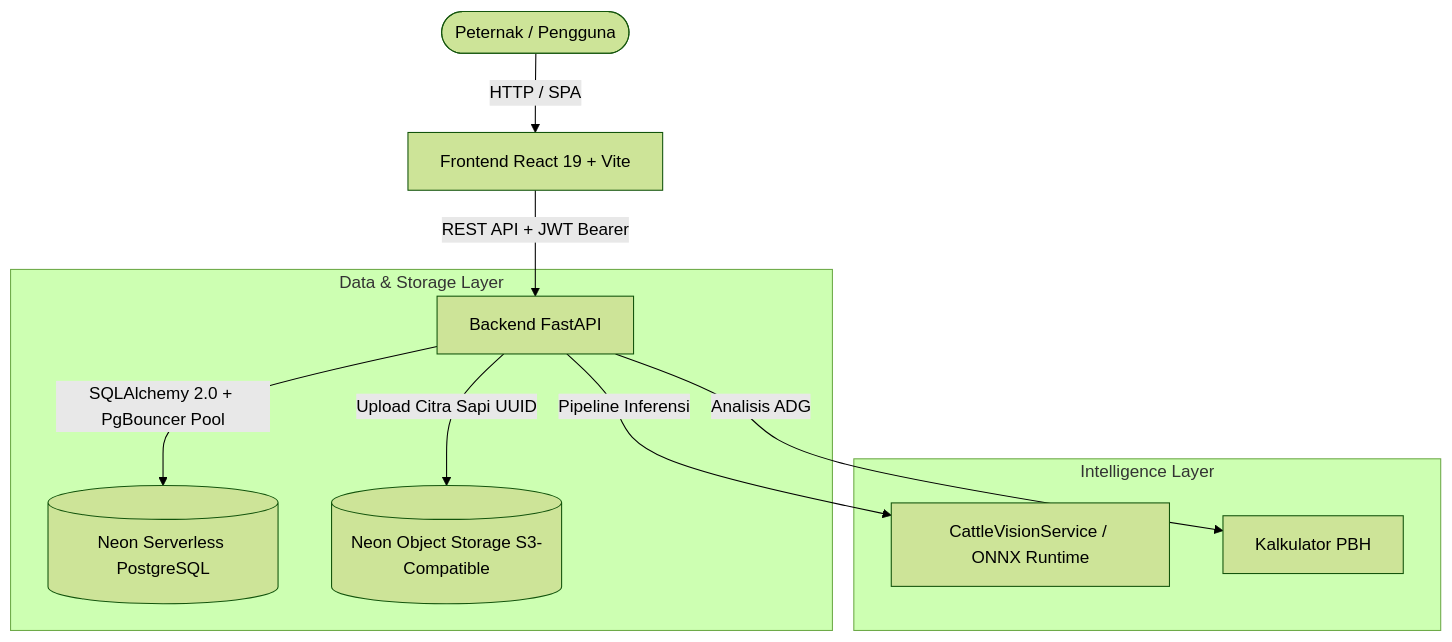
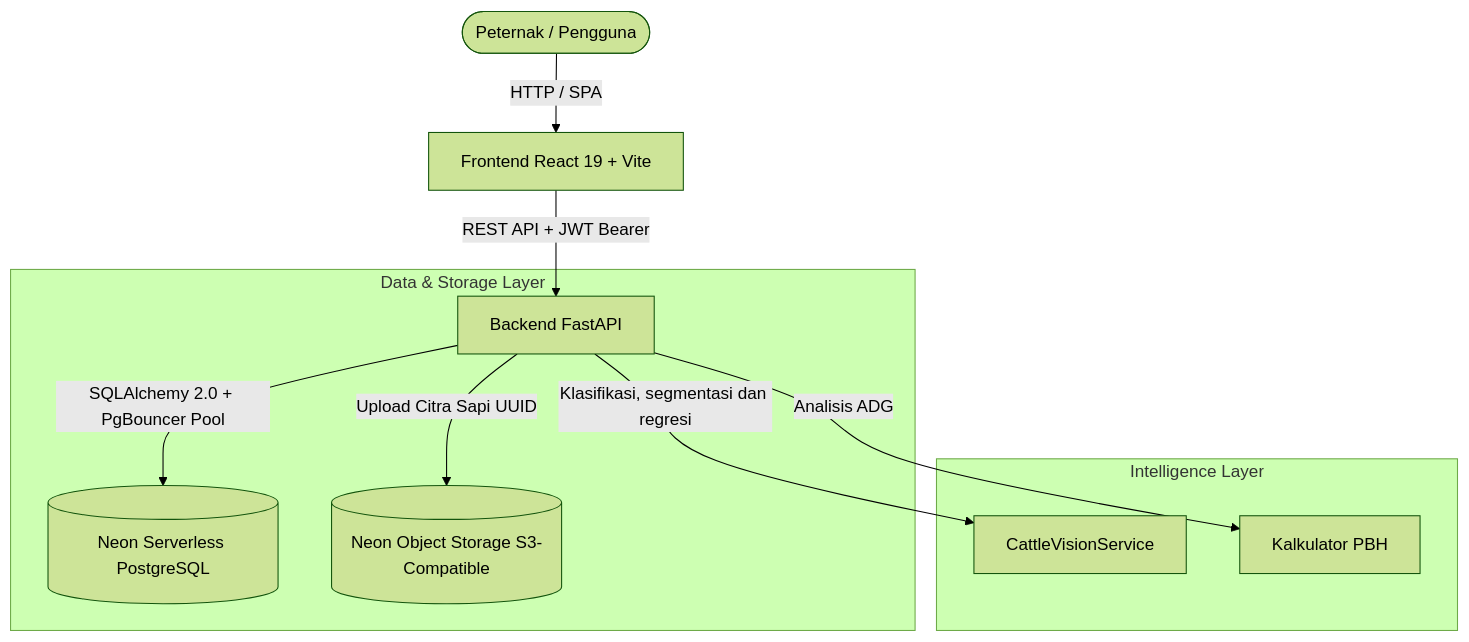
The diagram in README.md (dhulsotherside-cmd/pjbl-timbang-dulu), drawn with Mermaid (forest theme) before and after one commit. The commit also changed other lines of this file and 34 other files, not shown here.

````diff
--- a/README.md
+++ b/README.md
@@ -38,15 +38,15 @@
 ```mermaid
 graph TD
     User([Peternak / Pengguna]) -->|HTTP / SPA| FE[Frontend React 19 + Vite]
     FE -->|REST API + JWT Bearer| BE[Backend FastAPI]
     
     subgraph Data & Storage Layer
         BE -->|SQLAlchemy 2.0 + PgBouncer Pool| DB[(Neon Serverless PostgreSQL)]
         BE -->|Upload Citra Sapi UUID| Storage[(Neon Object Storage S3-Compatible)]
     end
     
     subgraph Intelligence Layer
-        BE -->|Pipeline Inferensi| AI[CattleVisionService / ONNX Runtime]
+        BE -->|Klasifikasi, segmentasi dan regresi| AI[CattleVisionService]
         BE -->|Analisis ADG| PBH[Kalkulator PBH]
     end
 ```
````
